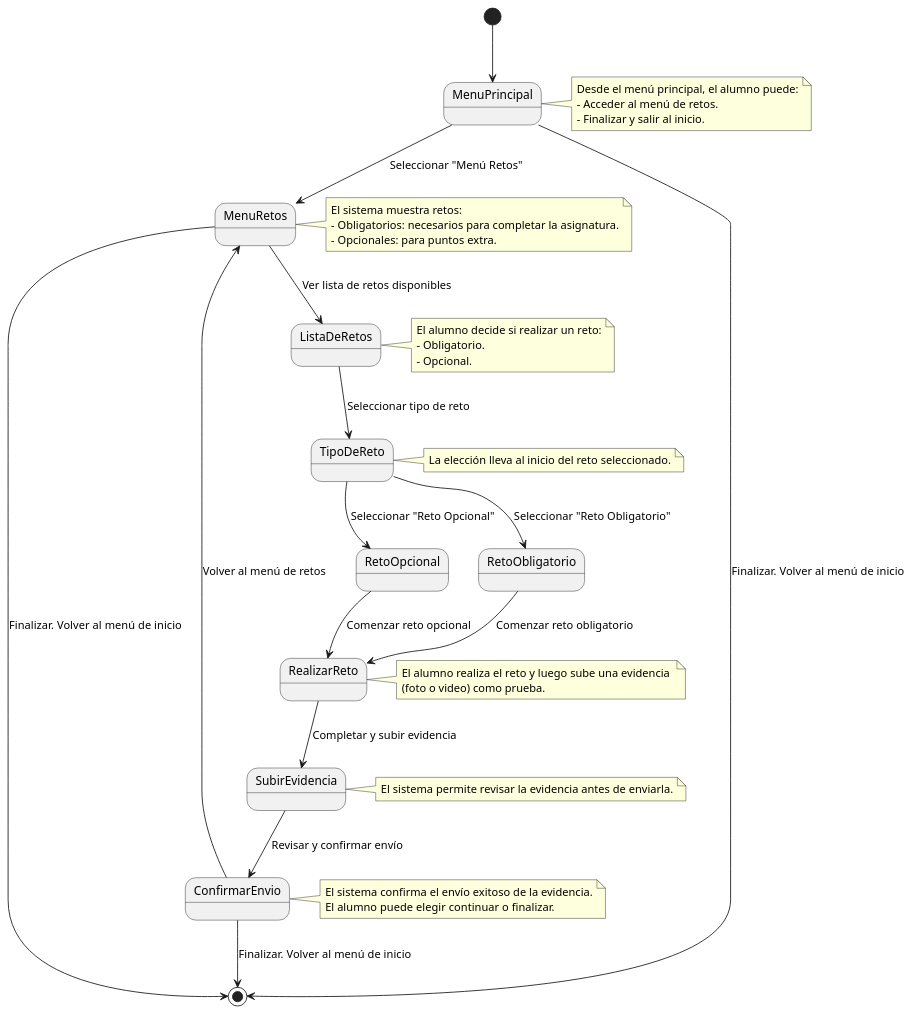
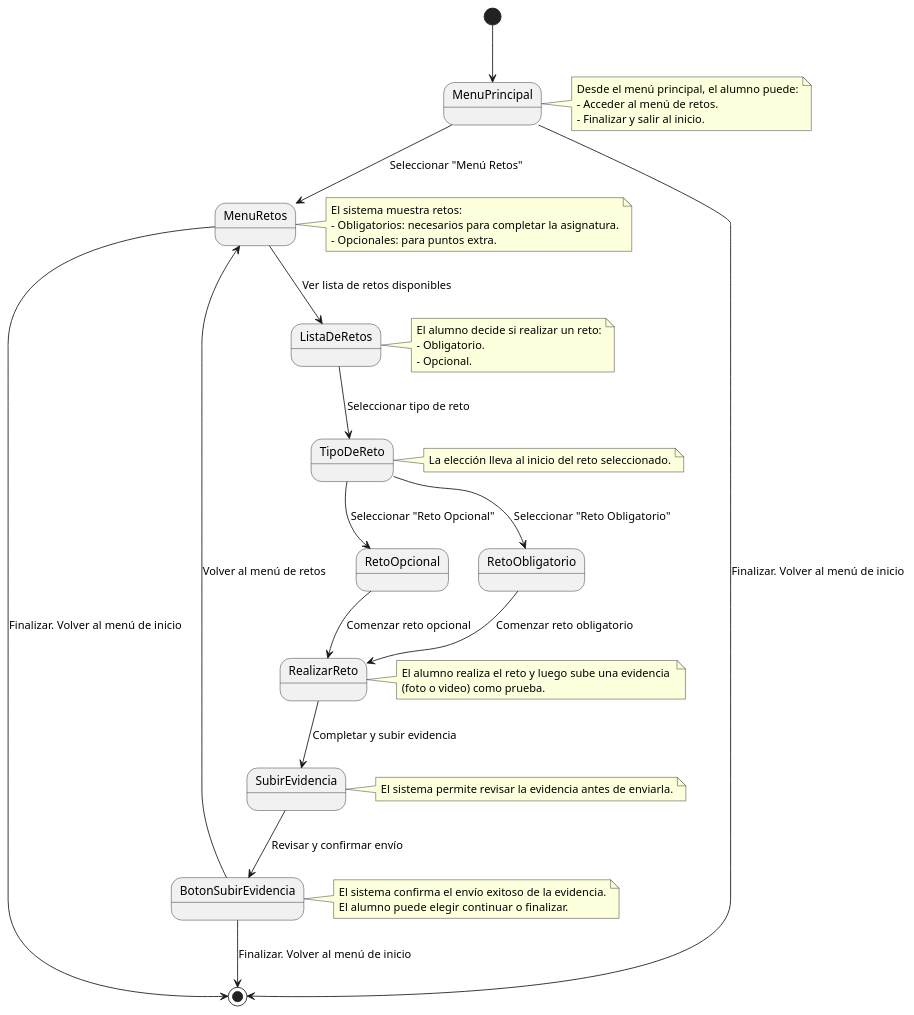
The diagram in Documentos/DetallarCasosDeUso/CompletarRetos.puml (mmasias/24-25-IdSw1-SDR), drawn with PlantUML before and after one commit.

```diff
--- a/Documentos/DetallarCasosDeUso/CompletarRetos.puml
+++ b/Documentos/DetallarCasosDeUso/CompletarRetos.puml
@@ -1,56 +1,56 @@
 @startuml
 
 [*] --> MenuPrincipal
 
 MenuPrincipal --> MenuRetos : Seleccionar "Menú Retos"
 MenuPrincipal --> [*] : Finalizar. Volver al menú de inicio
 note right of MenuPrincipal
     Desde el menú principal, el alumno puede:
     - Acceder al menú de retos.
     - Finalizar y salir al inicio.
 end note
 
 MenuRetos --> ListaDeRetos : Ver lista de retos disponibles
 MenuRetos --> [*] : Finalizar. Volver al menú de inicio
 note right of MenuRetos
     El sistema muestra retos:
     - Obligatorios: necesarios para completar la asignatura.
     - Opcionales: para puntos extra.
 end note
 
 ListaDeRetos --> TipoDeReto : Seleccionar tipo de reto
 note right of ListaDeRetos
     El alumno decide si realizar un reto:
     - Obligatorio.
     - Opcional.
 end note
 
 state TipoDeReto <<choice>>
 TipoDeReto --> RetoObligatorio : Seleccionar "Reto Obligatorio"
 TipoDeReto --> RetoOpcional : Seleccionar "Reto Opcional"
 
 RetoObligatorio --> RealizarReto : Comenzar reto obligatorio
 RetoOpcional --> RealizarReto : Comenzar reto opcional
 note right of TipoDeReto
     La elección lleva al inicio del reto seleccionado.
 end note
 
 RealizarReto --> SubirEvidencia : Completar y subir evidencia
 note right of RealizarReto
     El alumno realiza el reto y luego sube una evidencia 
     (foto o video) como prueba.
 end note
 
-SubirEvidencia --> ConfirmarEnvio : Revisar y confirmar envío
+SubirEvidencia --> BotonSubirEvidencia : Revisar y confirmar envío
 note right of SubirEvidencia
     El sistema permite revisar la evidencia antes de enviarla.
 end note
 
-ConfirmarEnvio --> MenuRetos : Volver al menú de retos
-ConfirmarEnvio --> [*] : Finalizar. Volver al menú de inicio
-note right of ConfirmarEnvio
+BotonSubirEvidencia --> MenuRetos : Volver al menú de retos
+BotonSubirEvidencia --> [*] : Finalizar. Volver al menú de inicio
+note right of BotonSubirEvidencia
     El sistema confirma el envío exitoso de la evidencia.
     El alumno puede elegir continuar o finalizar.
 end note
 
 @enduml
```
